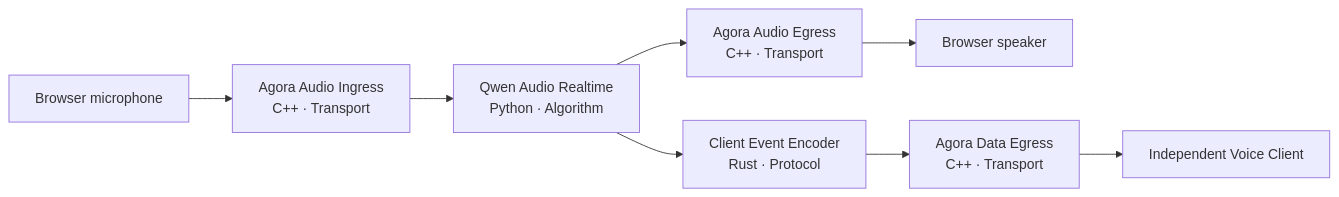
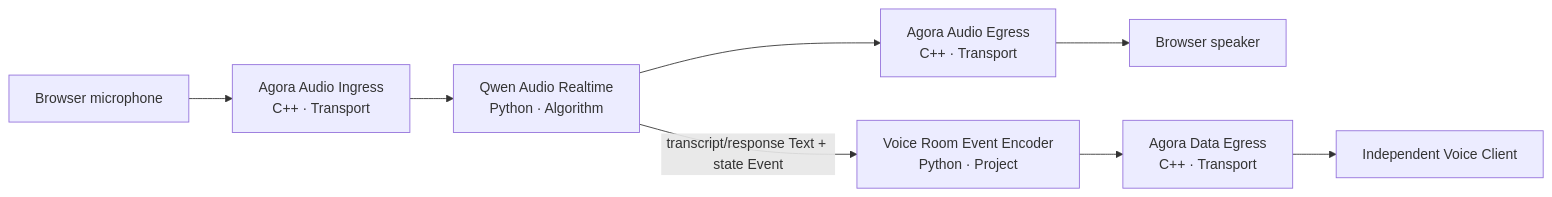
Before and after one commit to PiyotaHu/muxiva: the first of 3 diagrams in docs/site/en/voice-architecture.md, drawn with Mermaid. The commit also changed other lines of this file and 111 other files, not shown here.

````diff
--- a/docs/site/en/voice-architecture.md
+++ b/docs/site/en/voice-architecture.md
@@ -14,10 +14,10 @@
 ```mermaid
 flowchart LR
     B["Browser microphone"] --> AI["Agora Audio Ingress<br/>C++ · Transport"]
     AI --> QR["Qwen Audio Realtime<br/>Python · Algorithm"]
     QR --> AO["Agora Audio Egress<br/>C++ · Transport"]
     AO --> S["Browser speaker"]
-    QR --> CE["Client Event Encoder<br/>Rust · Protocol"]
+    QR -->|"transcript/response Text + state Event"| CE["Voice Room Event Encoder<br/>Python · Project"]
     CE --> DO["Agora Data Egress<br/>C++ · Transport"]
     DO --> UI["Independent Voice Client"]
 ```
````
